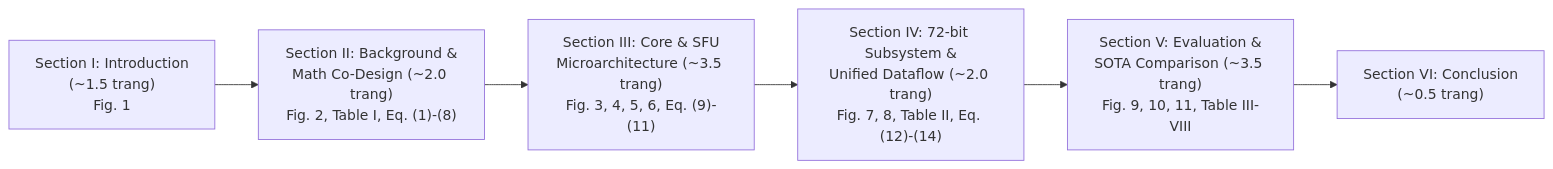
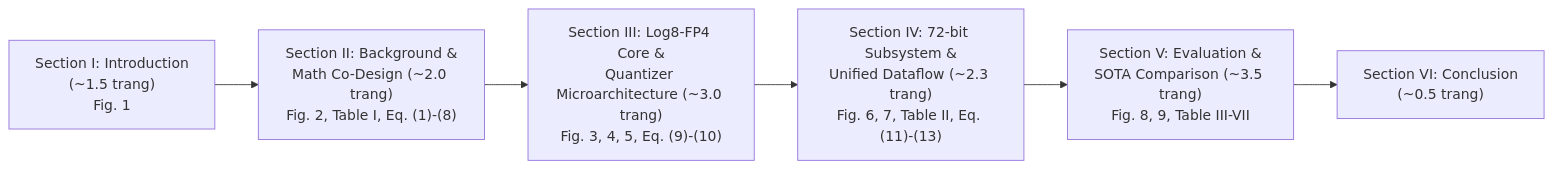
The diagram in PAPER_BLUEPRINT_TCAD_TVLSI.md (DTN-Stu/NPU_LOG), drawn with Mermaid before and after one commit. The commit also changed other lines of this file and 32 other files, not shown here.

Commit message:
refactor(sequencer): area-timing optimization and 3-FSM modular split + eval/tb updates

````diff
--- a/PAPER_BLUEPRINT_TCAD_TVLSI.md
+++ b/PAPER_BLUEPRINT_TCAD_TVLSI.md
@@ -88,8 +87,8 @@
 ```mermaid
 flowchart LR
     S1["Section I: Introduction<br/>(~1.5 trang)<br/>Fig. 1"] --> S2["Section II: Background &<br/>Math Co-Design (~2.0 trang)<br/>Fig. 2, Table I, Eq. (1)-(8)"]
-    S2 --> S3["Section III: Core & SFU<br/>Microarchitecture (~3.5 trang)<br/>Fig. 3, 4, 5, 6, Eq. (9)-(11)"]
-    S3 --> S4["Section IV: 72-bit Subsystem &<br/>Unified Dataflow (~2.0 trang)<br/>Fig. 7, 8, Table II, Eq. (12)-(14)"]
-    S4 --> S5["Section V: Evaluation &<br/>SOTA Comparison (~3.5 trang)<br/>Fig. 9, 10, 11, Table III-VIII"]
+    S2 --> S3["Section III: Log8-FP4 Core &<br/>Quantizer Microarchitecture (~3.0 trang)<br/>Fig. 3, 4, 5, Eq. (9)-(10)"]
+    S3 --> S4["Section IV: 72-bit Subsystem &<br/>Unified Dataflow (~2.3 trang)<br/>Fig. 6, 7, Table II, Eq. (11)-(13)"]
+    S4 --> S5["Section V: Evaluation &<br/>SOTA Comparison (~3.5 trang)<br/>Fig. 8, 9, Table III-VII"]
     S5 --> S6["Section VI: Conclusion<br/>(~0.5 trang)"]
 ```
````
